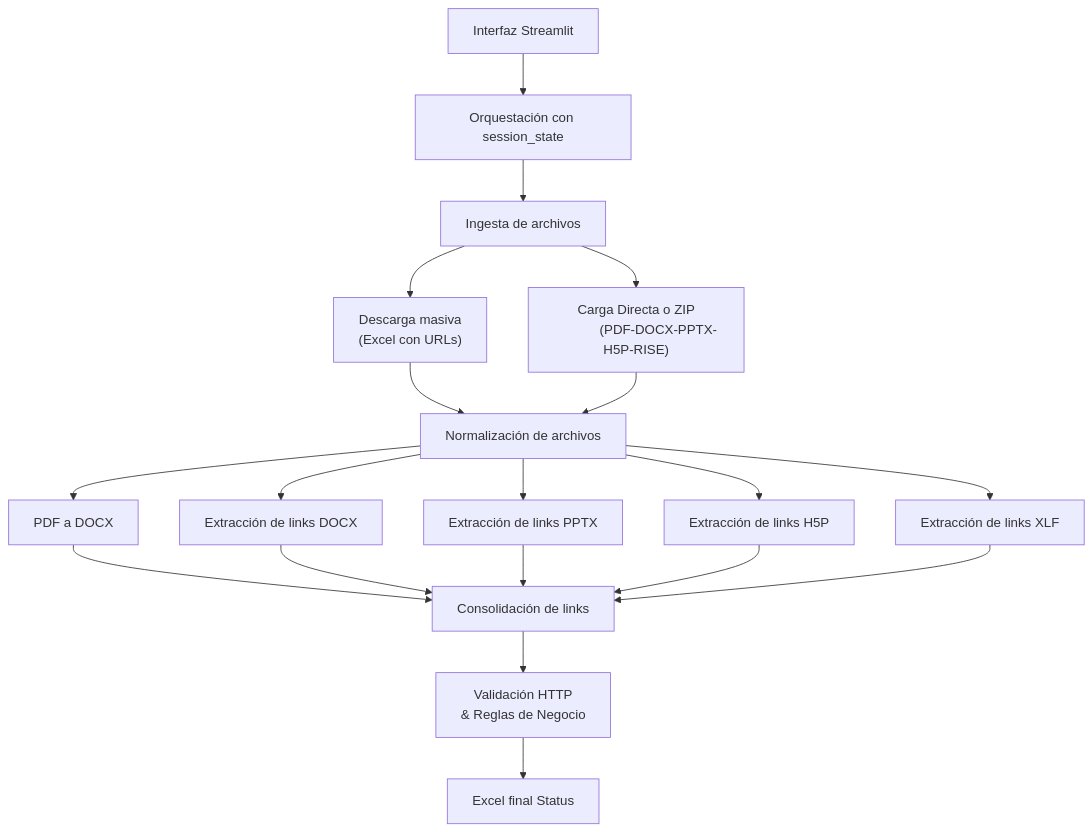
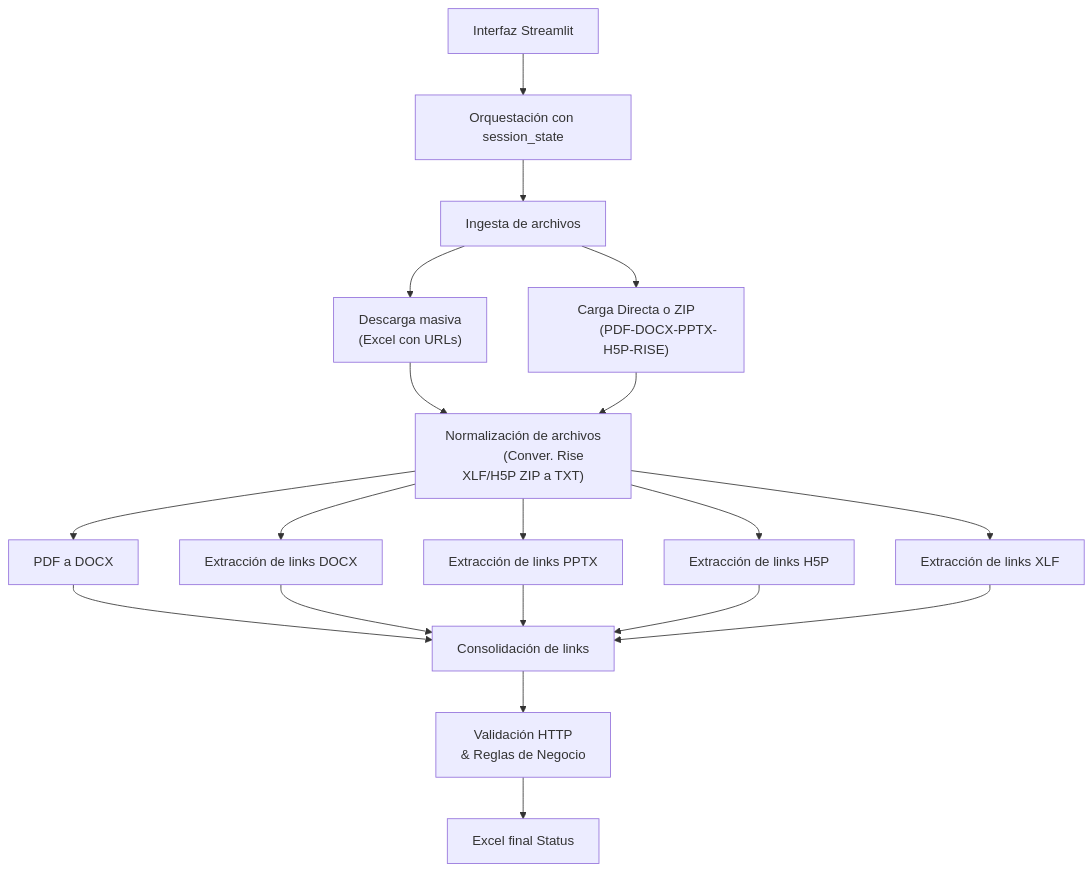
Before and after one commit to joseluisantunezcondezo/UTP_Broken_Link_Checker: the diagram in README.md, drawn with Mermaid.

Commit message:
README.md

````diff
--- a/README.md
+++ b/README.md
@@ -180,24 +180,25 @@
 ```mermaid
 flowchart TD
     A["Interfaz Streamlit"] --> B["Orquestación con session_state"]
     B --> C["Ingesta de archivos"]
     C --> D1["Descarga masiva
               (Excel con URLs)"]
     C --> D2["Carga Directa o ZIP
             (PDF-DOCX-PPTX-H5P-RISE)"]
-    D1 --> E["Normalización de archivos"]
+    D1 --> E["Normalización de archivos
+            (Conver. Rise XLF/H5P ZIP a TXT)"]
     D2 --> E
     E --> F1["PDF a DOCX"]
     E --> F2["Extracción de links DOCX"]
     E --> F3[Extracción de links PPTX]
     E --> F4[Extracción de links H5P]
     E --> F5[Extracción de links XLF]
     F1 --> G[Consolidación de links]
     F2 --> G
     F3 --> G
     F4 --> G
     F5 --> G
     G --> H["Validación HTTP
             & Reglas de Negocio"]
     H --> I[Excel final Status]
 ```
````
